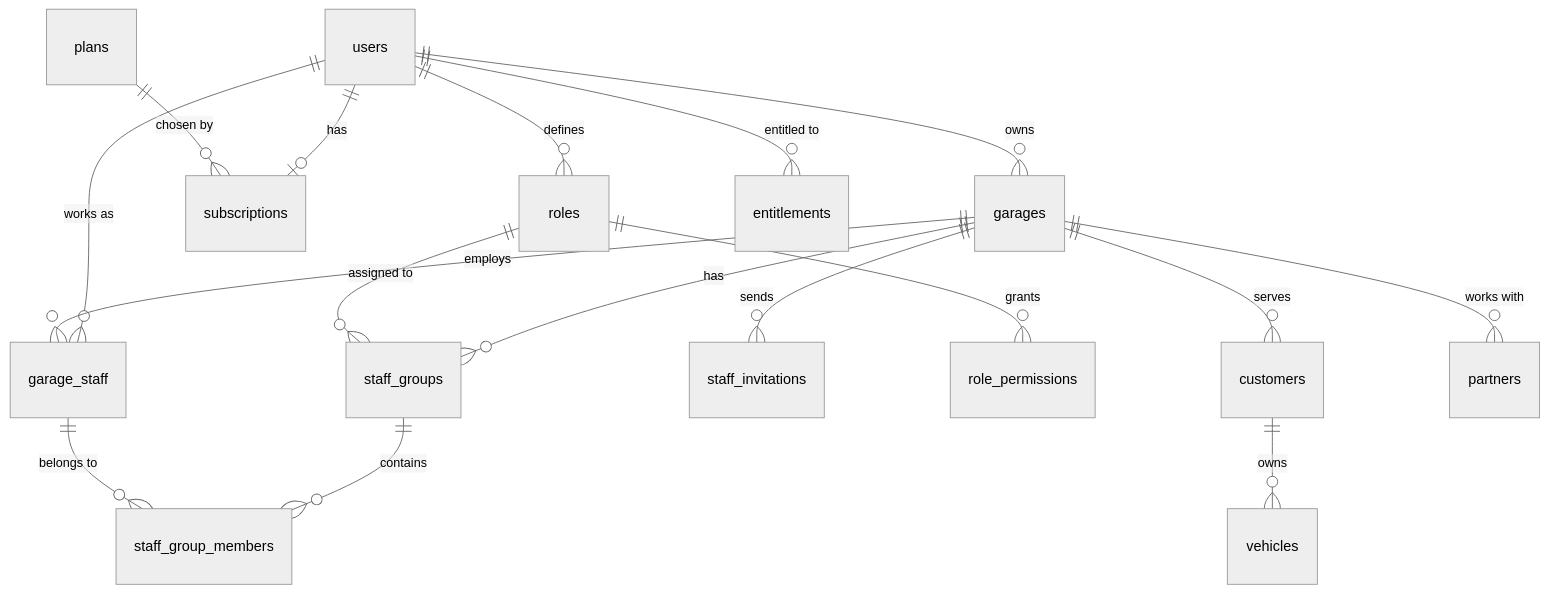
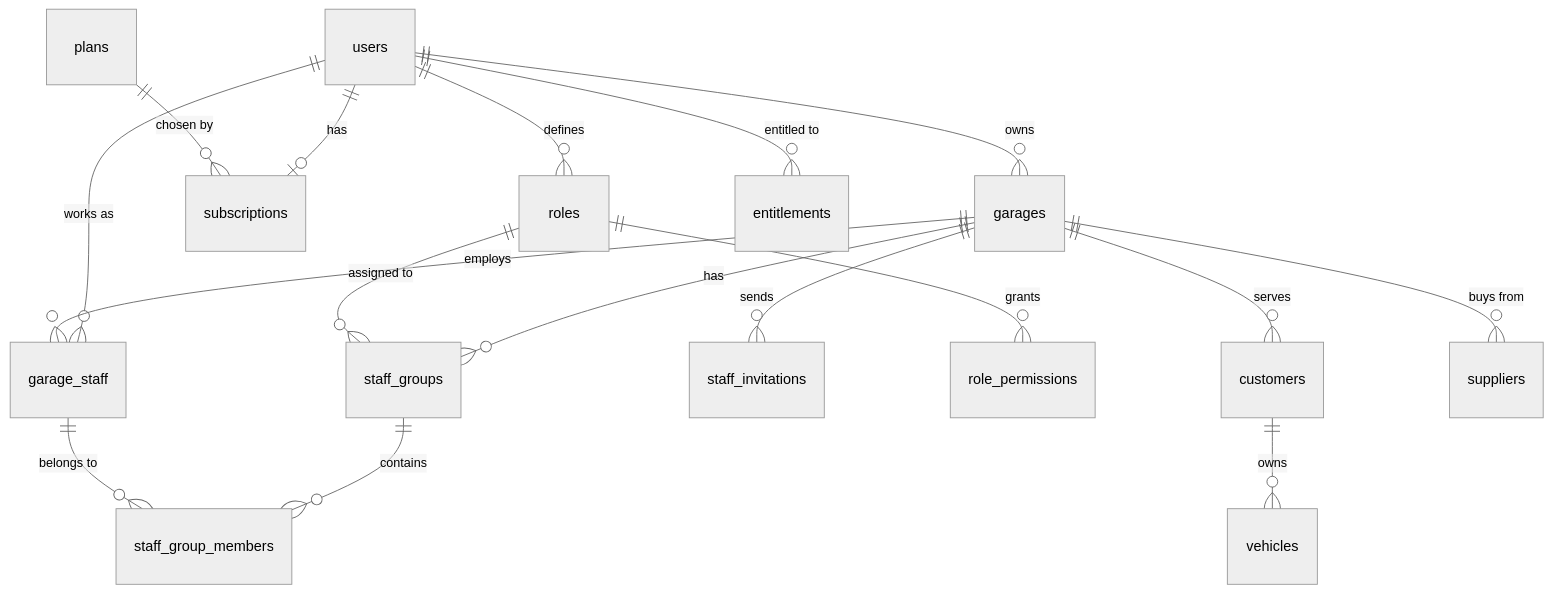
Before and after one commit to viettechno/vietgara-backend: the second of 2 diagrams in db/README.md, drawn with Mermaid (neutral theme). The commit also changed other lines of this file and 78 other files, not shown here.

````diff
--- a/db/README.md
+++ b/db/README.md
@@ -127,19 +127,19 @@
 ```mermaid
 erDiagram
   users ||--o{ garages : owns
   users ||--o{ garage_staff : "works as"
   users ||--o| subscriptions : has
   users ||--o{ roles : defines
   garages ||--o{ garage_staff : employs
   garages ||--o{ staff_groups : has
   garages ||--o{ staff_invitations : sends
   roles ||--o{ role_permissions : grants
   roles ||--o{ staff_groups : "assigned to"
   staff_groups ||--o{ staff_group_members : contains
   garage_staff ||--o{ staff_group_members : "belongs to"
   plans ||--o{ subscriptions : "chosen by"
   users ||--o{ entitlements : "entitled to"
   garages ||--o{ customers : serves
   customers ||--o{ vehicles : owns
-  garages ||--o{ partners : "works with"
+  garages ||--o{ suppliers : "buys from"
 ```
````
